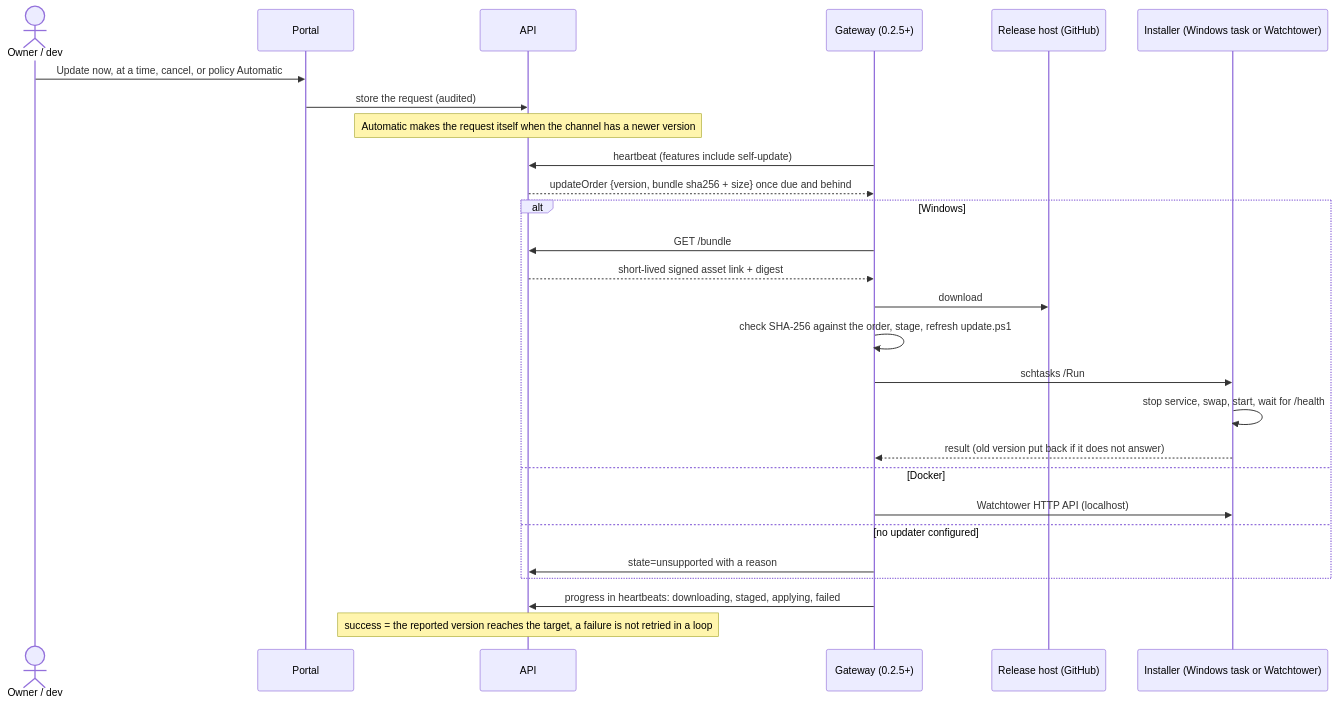
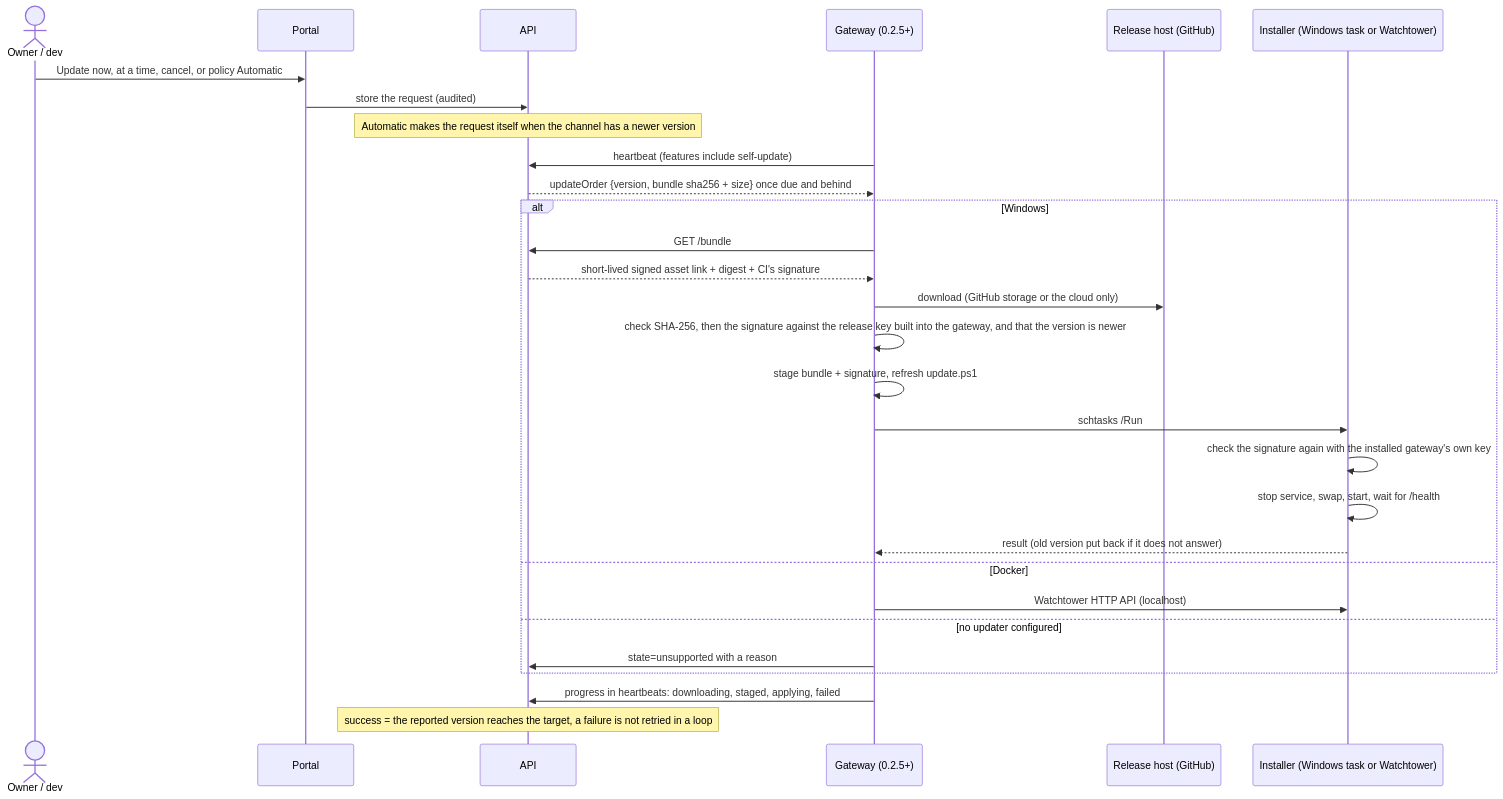
Diagram 27 of 30 in docs/diagrams.md (steviemayo/cobra), drawn with Mermaid before and after one commit. The commit also changed other lines of this file and 2 other files, not shown here.

Commit message:
docs: security review report, decisions (Step V), pending medium issues, signed-update diagram

````diff
--- a/docs/diagrams.md
+++ b/docs/diagrams.md
@@ -593,29 +593,31 @@
 ```mermaid
 sequenceDiagram
   actor Owner as Owner / dev
   participant Portal
   participant API
   participant GW as Gateway (0.2.5+)
   participant Host as Release host (GitHub)
   participant Inst as Installer (Windows task or Watchtower)
   Owner->>Portal: Update now, at a time, cancel, or policy Automatic
   Portal->>API: store the request (audited)
   Note over API: Automatic makes the request itself when the channel has a newer version
   GW->>API: heartbeat (features include self-update)
   API-->>GW: updateOrder {version, bundle sha256 + size} once due and behind
   alt Windows
     GW->>API: GET /bundle
-    API-->>GW: short-lived signed asset link + digest
-    GW->>Host: download
-    GW->>GW: check SHA-256 against the order, stage, refresh update.ps1
+    API-->>GW: short-lived signed asset link + digest + CI's signature
+    GW->>Host: download (GitHub storage or the cloud only)
+    GW->>GW: check SHA-256, then the signature against the release key built into the gateway, and that the version is newer
+    GW->>GW: stage bundle + signature, refresh update.ps1
     GW->>Inst: schtasks /Run
+    Inst->>Inst: check the signature again with the installed gateway's own key
     Inst->>Inst: stop service, swap, start, wait for /health
     Inst-->>GW: result (old version put back if it does not answer)
   else Docker
     GW->>Inst: Watchtower HTTP API (localhost)
   else no updater configured
     GW->>API: state=unsupported with a reason
   end
   GW->>API: progress in heartbeats: downloading, staged, applying, failed
   Note over API: success = the reported version reaches the target, a failure is not retried in a loop
 ```
````
